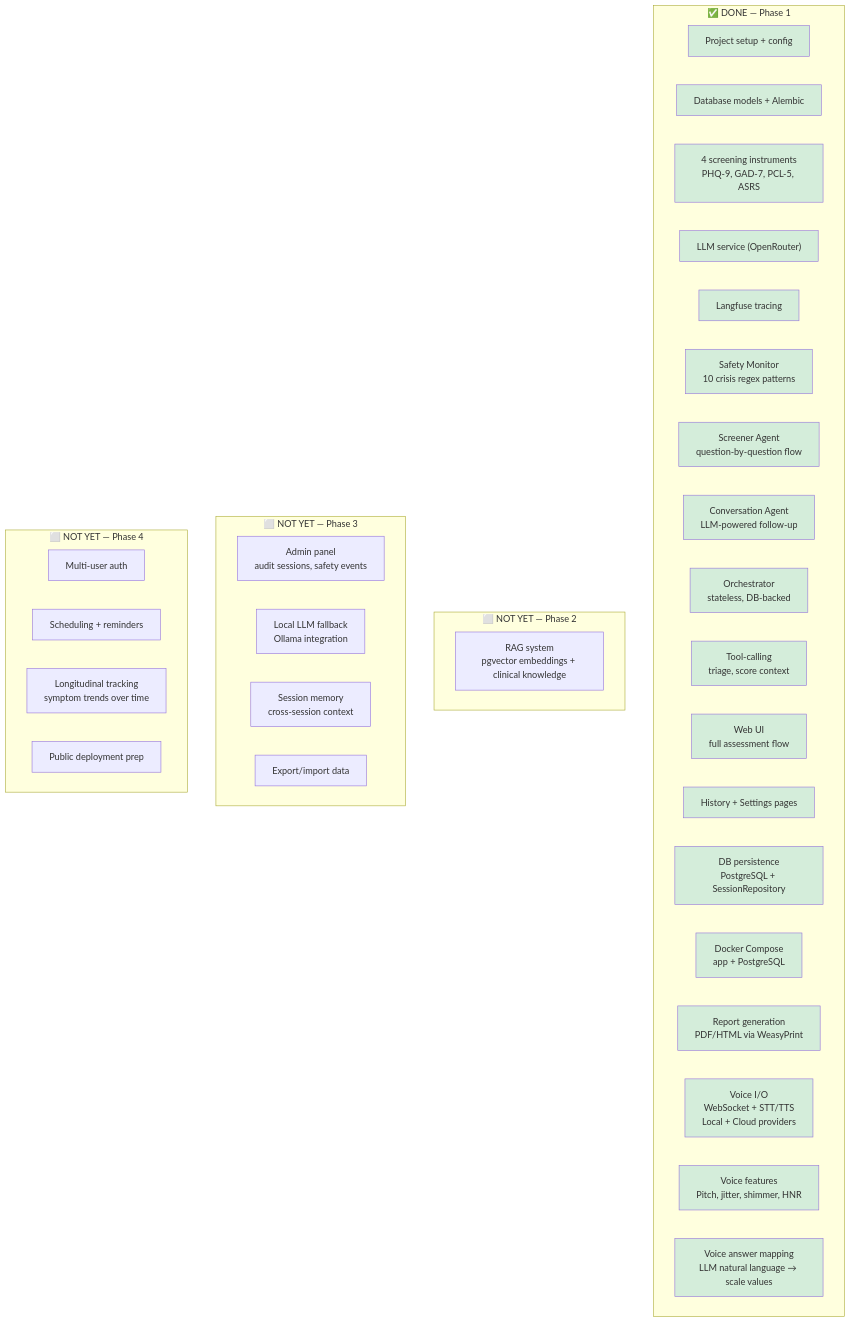
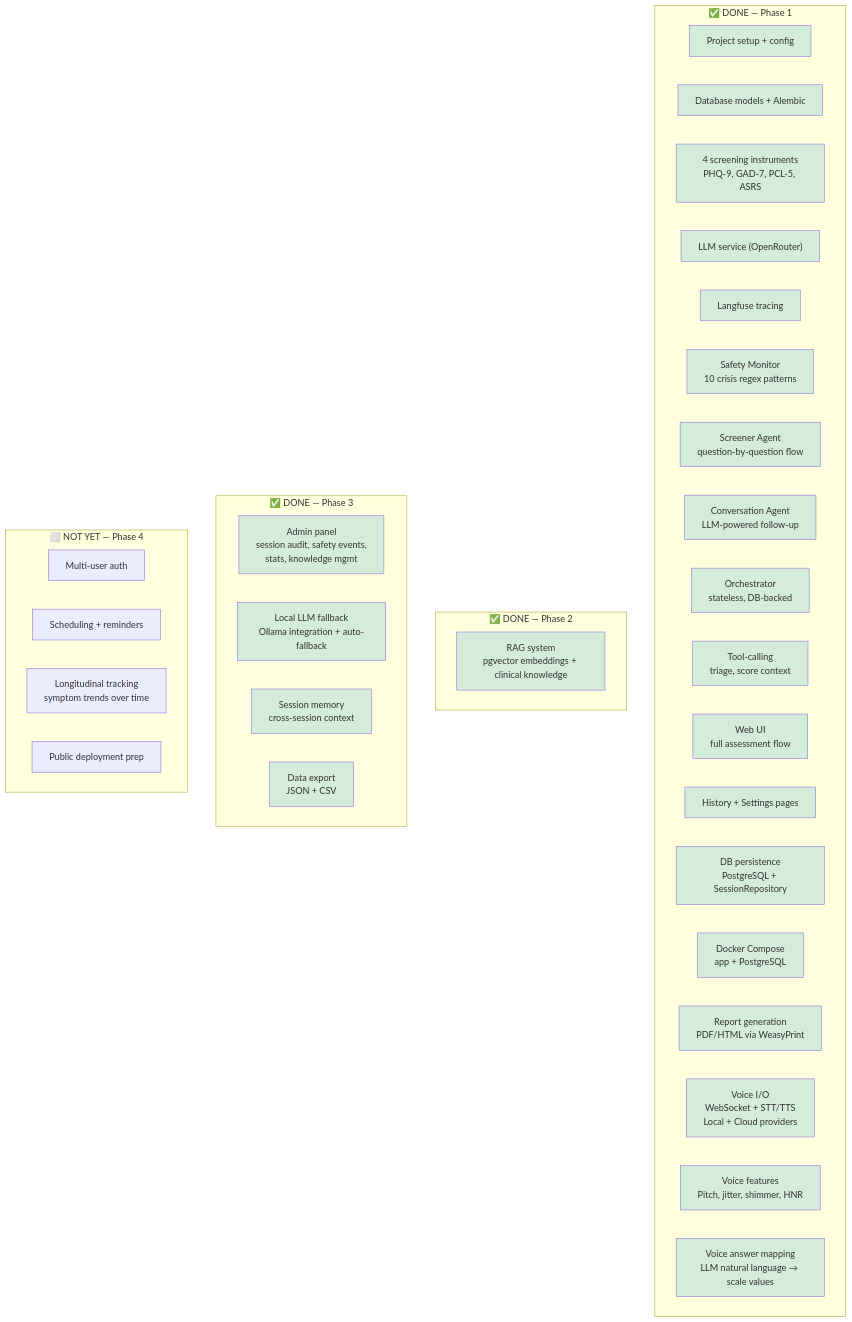
Before and after one commit to bodharma/talker: the sixth of 11 diagrams in docs/architecture.md, drawn with Mermaid. The commit also changed other lines of this file and 25 other files, not shown here.

First line of the commit message:
feat: Phase 3 complete — admin panel, Ollama fallback, session memory, data export

````diff
--- a/docs/architecture.md
+++ b/docs/architecture.md
@@ -247,60 +278,65 @@
 ```mermaid
 graph TB
     subgraph "✅ DONE — Phase 1"
         P1_1["Project setup + config"]
         P1_2["Database models + Alembic"]
         P1_3["4 screening instruments<br/>PHQ-9, GAD-7, PCL-5, ASRS"]
         P1_4["LLM service (OpenRouter)"]
         P1_5["Langfuse tracing"]
         P1_6["Safety Monitor<br/>10 crisis regex patterns"]
         P1_7["Screener Agent<br/>question-by-question flow"]
         P1_8["Conversation Agent<br/>LLM-powered follow-up"]
         P1_9["Orchestrator<br/>stateless, DB-backed"]
         P1_10["Tool-calling<br/>triage, score context"]
         P1_11["Web UI<br/>full assessment flow"]
         P1_12["History + Settings pages"]
         P1_13["DB persistence<br/>PostgreSQL + SessionRepository"]
         P1_14["Docker Compose<br/>app + PostgreSQL"]
         P1_15["Report generation<br/>PDF/HTML via WeasyPrint"]
         P1_16["Voice I/O<br/>WebSocket + STT/TTS<br/>Local + Cloud providers"]
         P1_17["Voice features<br/>Pitch, jitter, shimmer, HNR"]
         P1_18["Voice answer mapping<br/>LLM natural language → scale values"]
     end
 
-    subgraph "⬜ NOT YET — Phase 2"
+    subgraph "✅ DONE — Phase 2"
         P2_2["RAG system<br/>pgvector embeddings + clinical knowledge"]
     end
 
-    subgraph "⬜ NOT YET — Phase 3"
-        P3_1["Admin panel<br/>audit sessions, safety events"]
-        P3_2["Local LLM fallback<br/>Ollama integration"]
+    subgraph "✅ DONE — Phase 3"
+        P3_1["Admin panel<br/>session audit, safety events,<br/>stats, knowledge mgmt"]
+        P3_2["Local LLM fallback<br/>Ollama integration + auto-fallback"]
         P3_3["Session memory<br/>cross-session context"]
-        P3_4["Export/import data"]
+        P3_4["Data export<br/>JSON + CSV"]
     end
 
     subgraph "⬜ NOT YET — Phase 4"
         P4_1["Multi-user auth"]
         P4_2["Scheduling + reminders"]
         P4_3["Longitudinal tracking<br/>symptom trends over time"]
         P4_4["Public deployment prep"]
     end
 
     style P1_1 fill:#d4edda
     style P1_2 fill:#d4edda
     style P1_3 fill:#d4edda
     style P1_4 fill:#d4edda
     style P1_5 fill:#d4edda
     style P1_6 fill:#d4edda
     style P1_7 fill:#d4edda
     style P1_8 fill:#d4edda
     style P1_9 fill:#d4edda
     style P1_10 fill:#d4edda
     style P1_11 fill:#d4edda
     style P1_12 fill:#d4edda
     style P1_13 fill:#d4edda
     style P1_14 fill:#d4edda
     style P1_15 fill:#d4edda
     style P1_16 fill:#d4edda
     style P1_17 fill:#d4edda
     style P1_18 fill:#d4edda
+    style P2_2 fill:#d4edda
+    style P3_1 fill:#d4edda
+    style P3_2 fill:#d4edda
+    style P3_3 fill:#d4edda
+    style P3_4 fill:#d4edda
 ```
````
